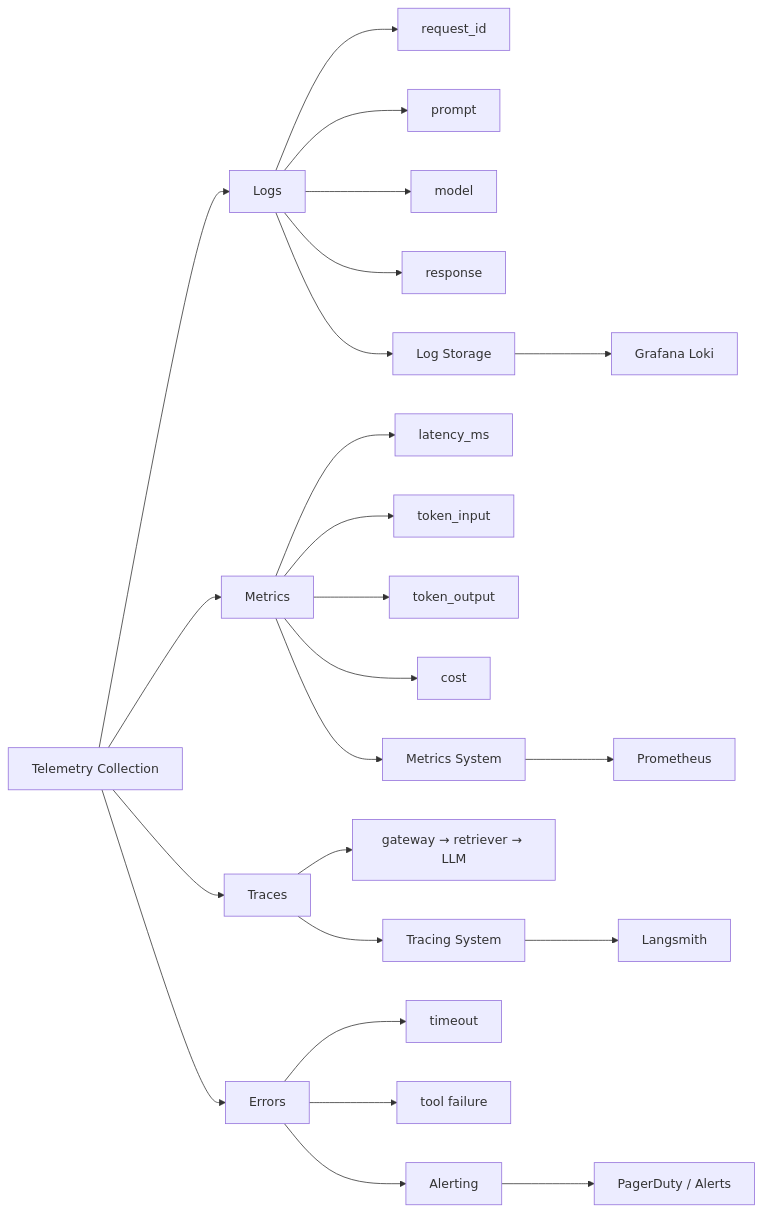
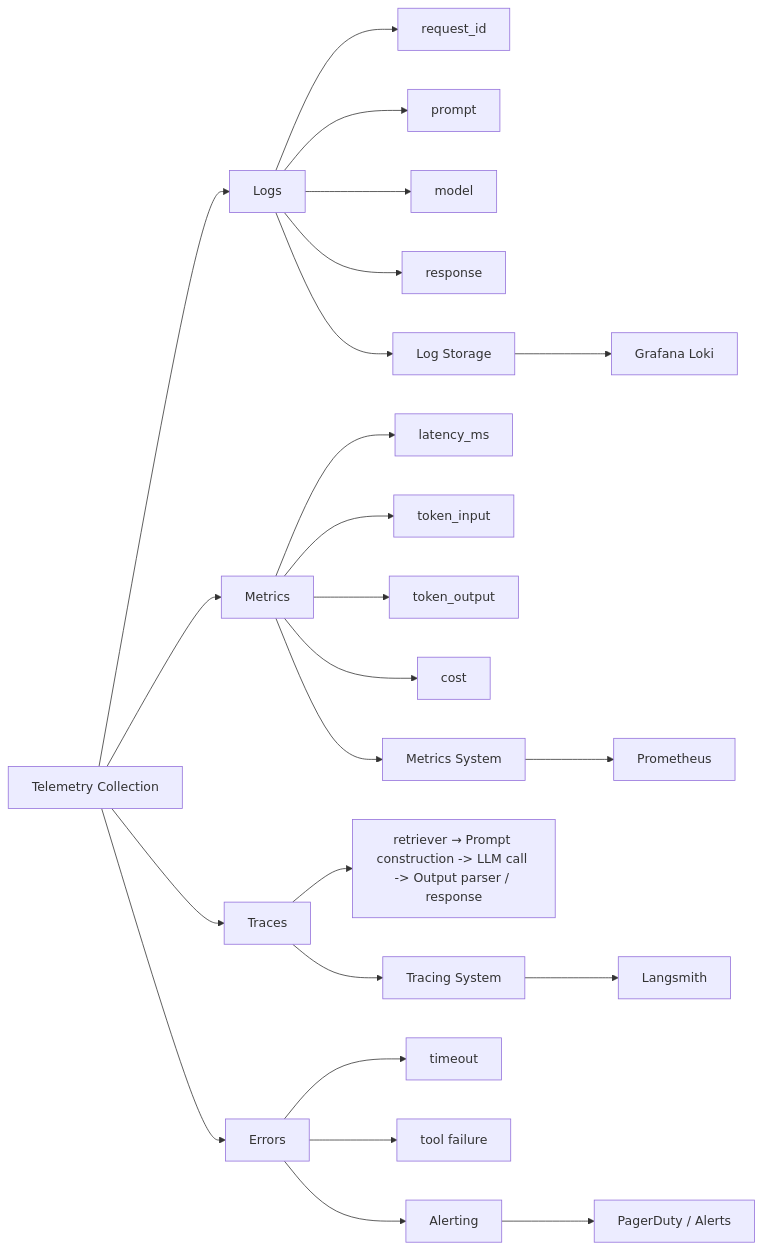
Before and after one commit to taixingbi/chat-bot-docs: the fourth of 5 diagrams in README.md, drawn with Mermaid.

Commit message:
Update diagram description in README.md

````diff
--- a/README.md
+++ b/README.md
@@ -52,35 +52,35 @@
 ```mermaid
 flowchart LR
 
 A[Telemetry Collection]
 
 A --> B[Logs]
 A --> C[Metrics]
 A --> D[Traces]
 A --> E[Errors]
 
 B --> B1[request_id]
 B --> B2[prompt]
 B --> B3[model]
 B --> B4[response]
 
 C --> C1[latency_ms]
 C --> C2[token_input]
 C --> C3[token_output]
 C --> C4[cost]
 
-D --> D1[gateway → retriever → LLM]
+D --> D1[retriever → Prompt construction -> LLM call -> Output parser / response]
 
 E --> E1[timeout]
 E --> E2[tool failure]
 
 B --> F[Log Storage]
 C --> G[Metrics System]
 D --> H[Tracing System]
 E --> I[Alerting]
 
 F --> J[Grafana Loki]
 G --> K[Prometheus]
 H --> L[Langsmith]
 I --> M[PagerDuty / Alerts]
 ```
````
